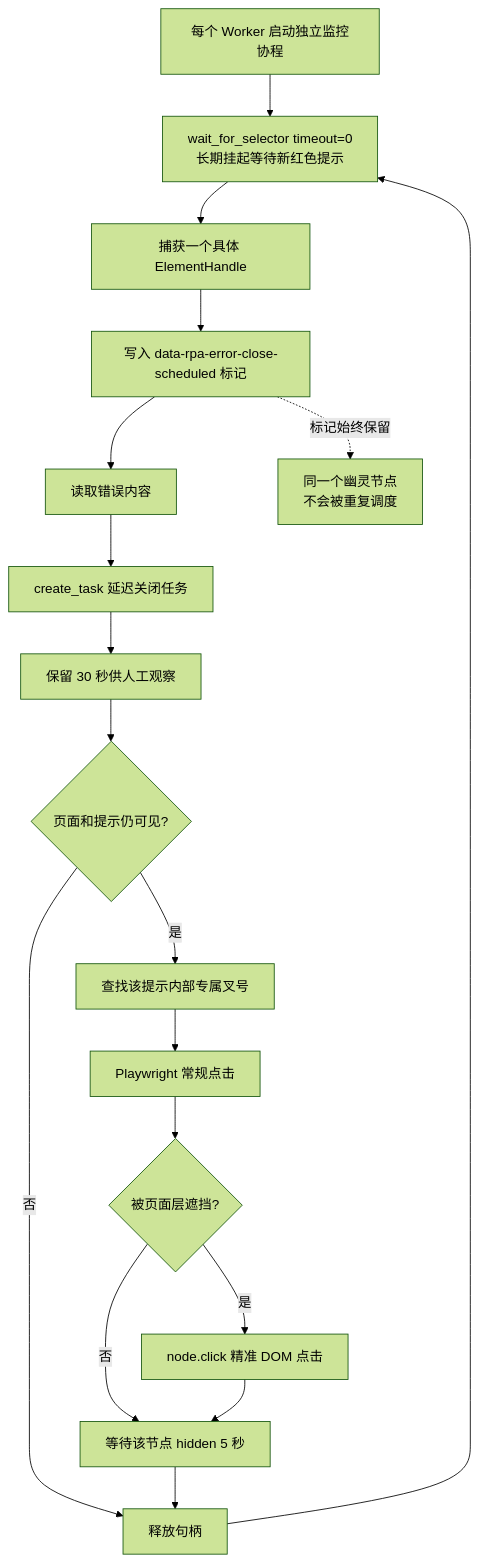
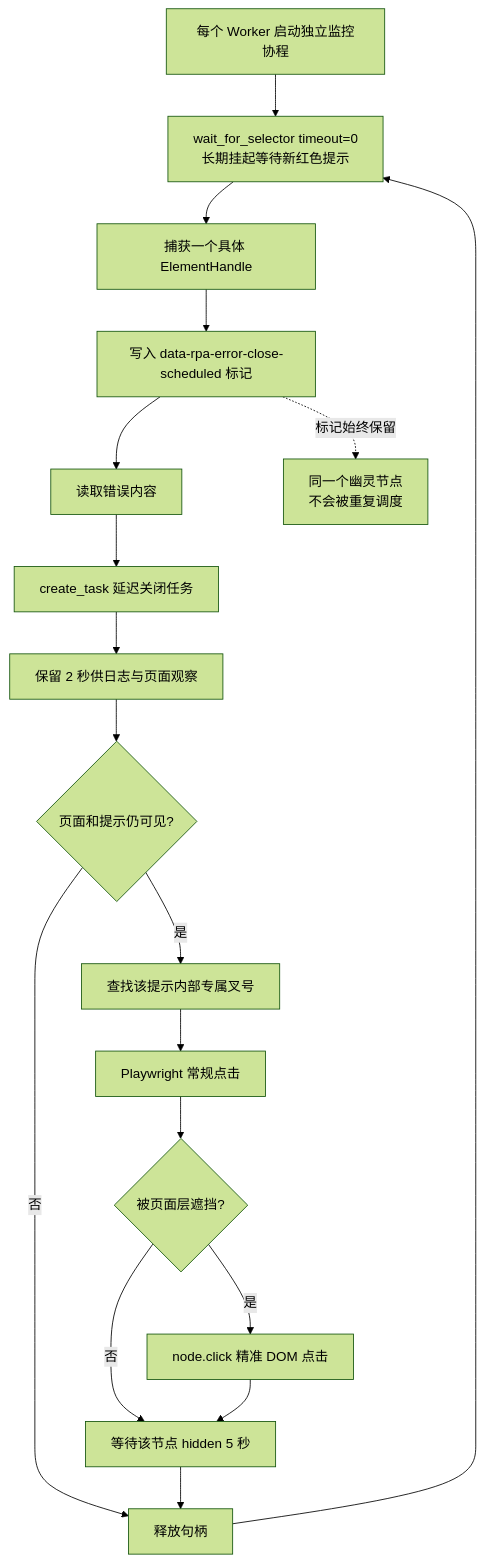
Diagram 12 of 15 in ARCHITECTURE.md (liao084/BitBrowser-Backfill-Engine), drawn with Mermaid (forest theme) before and after one commit. The commit also changed other lines of this file and 8 other files, not shown here.

Commit message:
docs: refresh architecture and split env templates

````diff
--- a/ARCHITECTURE.md
+++ b/ARCHITECTURE.md
@@ -511,21 +527,21 @@
 ```mermaid
 flowchart TD
     Start["每个 Worker 启动独立监控协程"] --> Wait["wait_for_selector timeout=0<br/>长期挂起等待新红色提示"]
     Wait --> Found["捕获一个具体 ElementHandle"]
     Found --> Mark["写入 data-rpa-error-close-scheduled 标记"]
     Mark --> Read["读取错误内容"]
     Read --> Task["create_task 延迟关闭任务"]
-    Task --> Grace["保留 30 秒供人工观察"]
+    Task --> Grace["保留 2 秒供日志与页面观察"]
     Grace --> Alive{"页面和提示仍可见?"}
     Alive -->|"否"| Dispose["释放句柄"]
     Alive -->|"是"| Close["查找该提示内部专属叉号"]
     Close --> Normal["Playwright 常规点击"]
     Normal --> Covered{"被页面层遮挡?"}
     Covered -->|"是"| DOM["node.click 精准 DOM 点击"]
     Covered -->|"否"| Hidden["等待该节点 hidden 5 秒"]
     DOM --> Hidden
     Hidden --> Dispose
     Dispose --> Wait
 
     Mark -."标记始终保留".-> Once["同一个幽灵节点<br/>不会被重复调度"]
 ```
````
